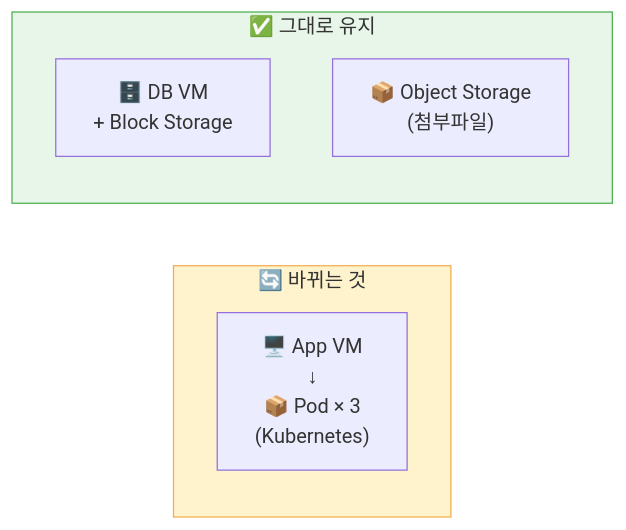
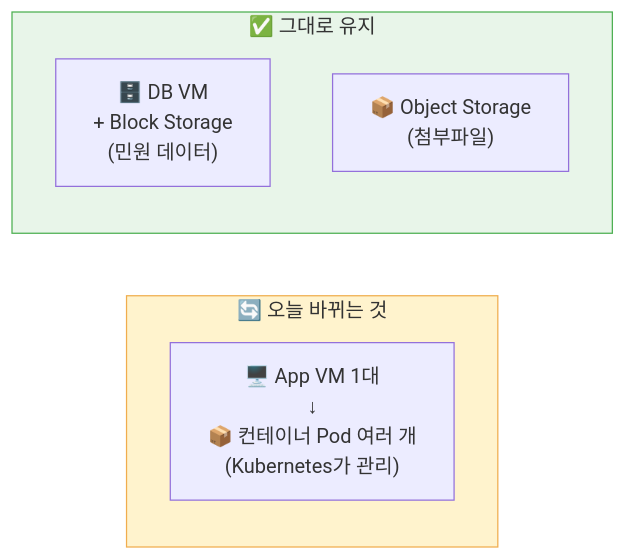
Before and after one commit to skilleat-labs/cloud-native-minwon-lab: the first of 3 diagrams in docs/day2/index.md, drawn with Mermaid. The commit also changed other lines of this file, not shown here.

````diff
--- a/docs/day2/index.md
+++ b/docs/day2/index.md
@@ -9,13 +27,13 @@
 ```mermaid
 flowchart LR
-    subgraph CHANGE["🔄 바뀌는 것"]
-        APP["🖥️ App VM\n↓\n📦 Pod × 3\n(Kubernetes)"]
+    subgraph CHANGE["🔄 오늘 바뀌는 것"]
+        APP["🖥️ App VM 1대\n↓\n📦 컨테이너 Pod 여러 개\n(Kubernetes가 관리)"]
     end
     subgraph KEEP["✅ 그대로 유지"]
-        DB["🗄️ DB VM\n+ Block Storage"]
+        DB["🗄️ DB VM\n+ Block Storage\n(민원 데이터)"]
         OS["📦 Object Storage\n(첨부파일)"]
     end
 
     style CHANGE fill:#fff3cd,stroke:#f0ad4e
     style KEEP fill:#e8f5e9,stroke:#4caf50
 ```
````
